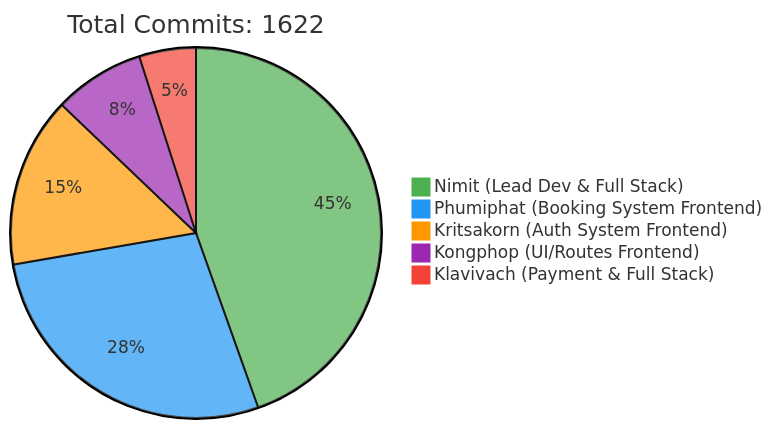
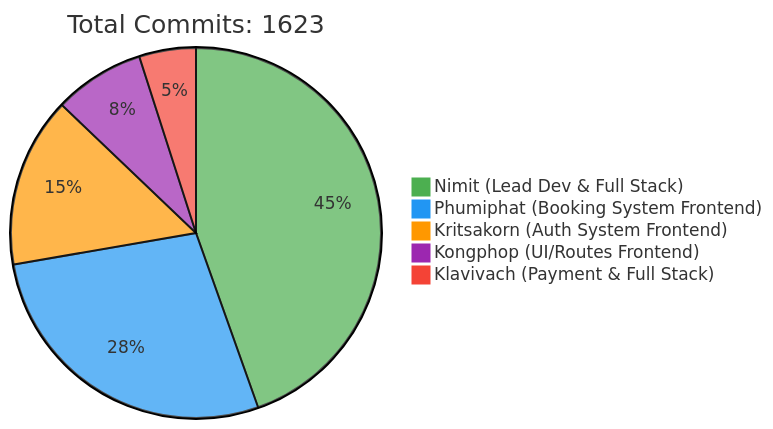
One commit to 6531503042/Sport-Complex changed the first of 2 diagrams in README.md. Above: the diagram before and after it, drawn with Mermaid. The commit also changed other lines of this file, not shown here.

Commit message:
docs: Update contributor statistics [skip ci]

````diff
--- a/README.md
+++ b/README.md
@@ -257,10 +257,10 @@
 ```mermaid
 %%{init: {'theme': 'base', 'themeVariables': { 'pie1': '#4CAF50', 'pie2': '#2196F3', 'pie3': '#FF9800', 'pie4': '#9C27B0', 'pie5': '#F44336'}}}%%
 pie
-    title Total Commits: 1622
+    title Total Commits: 1623
     "Nimit (Lead Dev & Full Stack)" : 450
     "Phumiphat (Booking System Frontend)" : 280
     "Kritsakorn (Auth System Frontend)" : 150
     "Kongphop (UI/Routes Frontend)" : 80
     "Klavivach (Payment & Full Stack)" : 50
 ```
````
